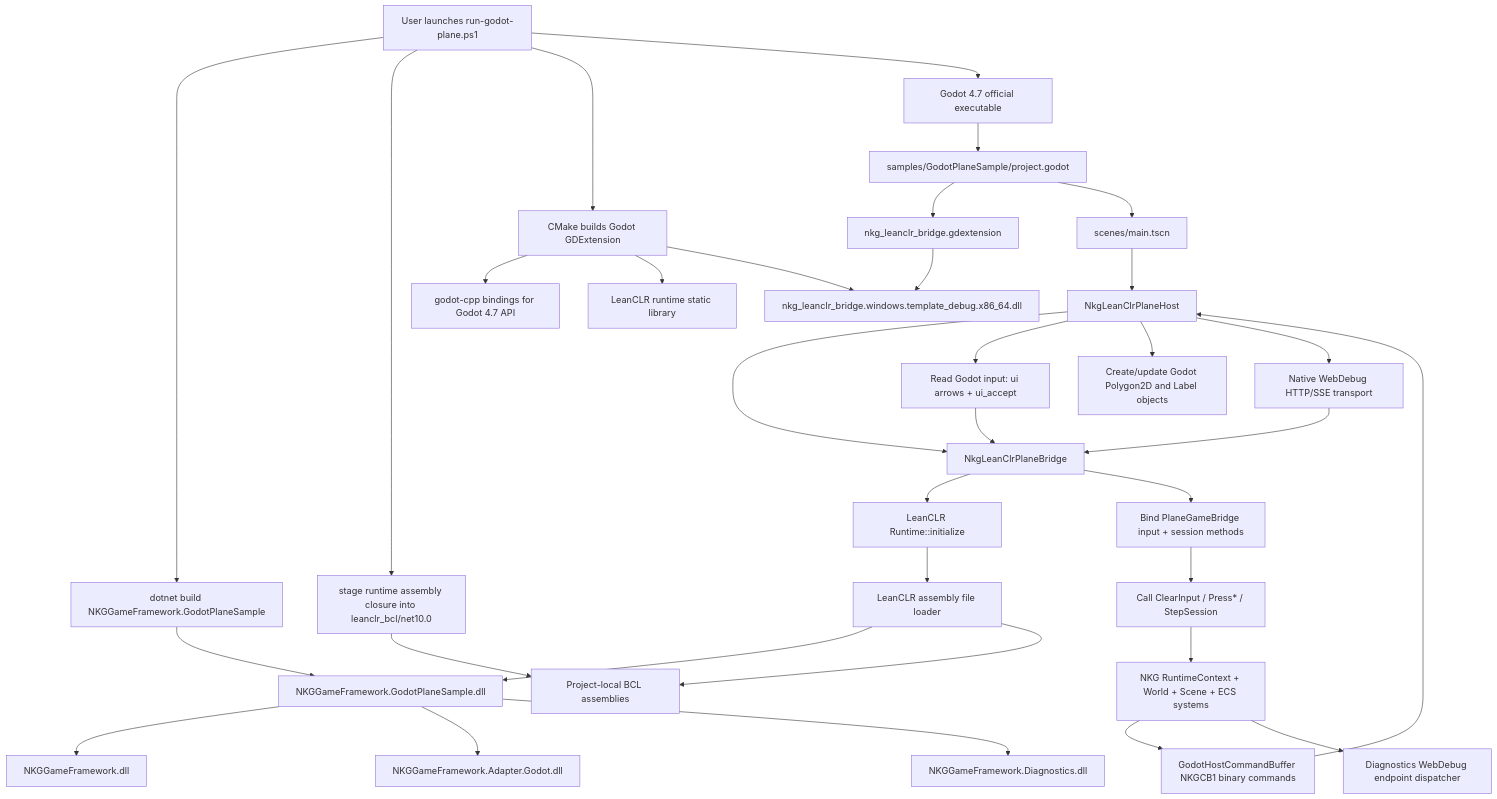
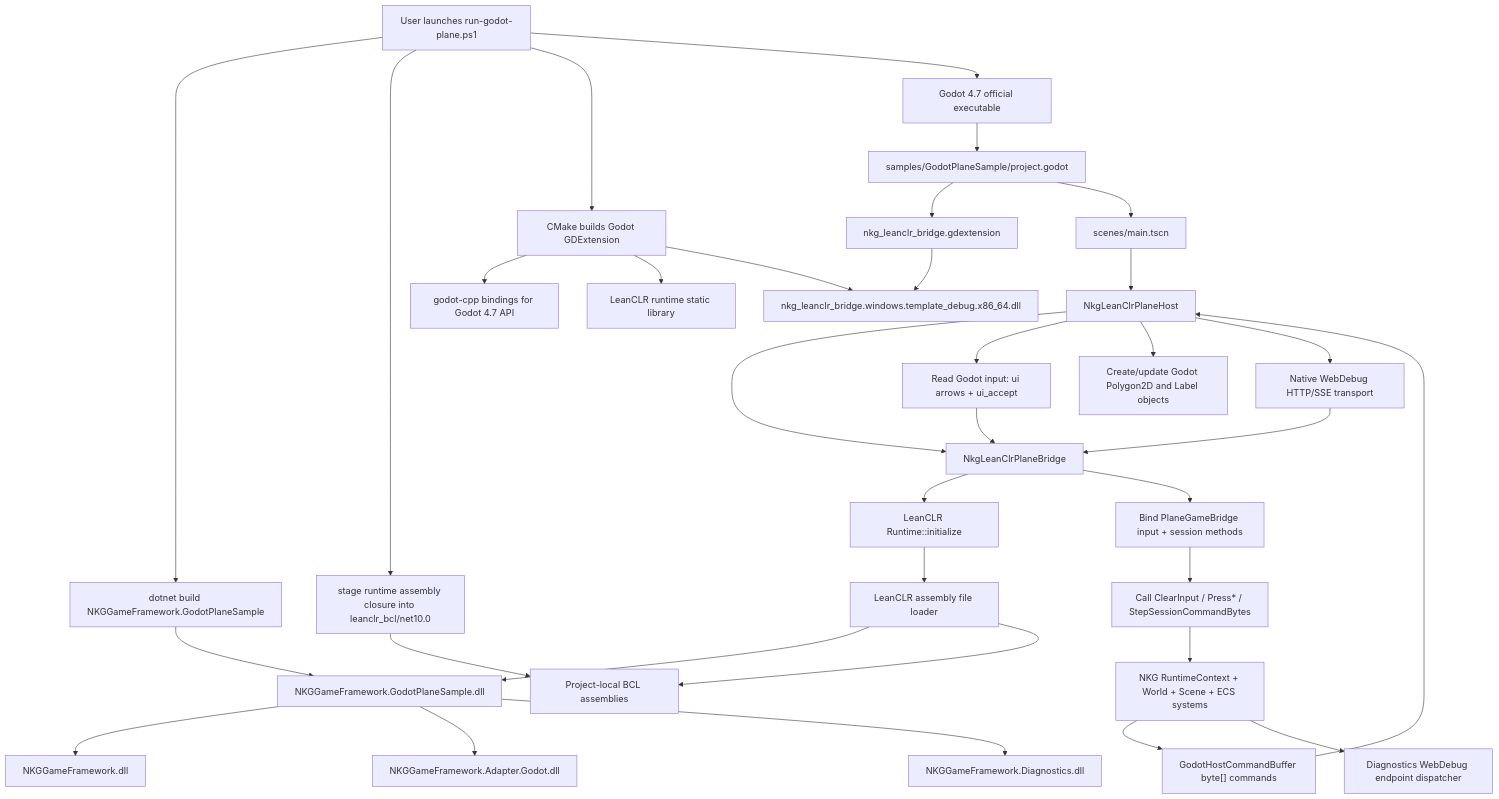
One commit to wqaetly/NKGGameFramework changed the first of 3 diagrams in docs/godot-leanclr-runtime-structure.md. Above: the diagram before and after it, drawn with Mermaid. The commit also changed other lines of this file and 7 other files, not shown here.

First line of the commit message:
抽离 Godot 通用 native host

````diff
--- a/docs/godot-leanclr-runtime-structure.md
+++ b/docs/godot-leanclr-runtime-structure.md
@@ -56,39 +56,39 @@
 ```mermaid
 flowchart TD
     User["User launches run-godot-plane.ps1"] --> BuildManaged["dotnet build NKGGameFramework.GodotPlaneSample"]
     User --> StageBcl["stage runtime assembly closure into leanclr_bcl/net10.0"]
     User --> BuildNative["CMake builds Godot GDExtension"]
     BuildNative --> GodotCpp["godot-cpp bindings for Godot 4.7 API"]
     BuildNative --> LeanClrLib["LeanCLR runtime static library"]
     BuildNative --> BridgeDll["nkg_leanclr_bridge.windows.template_debug.x86_64.dll"]
 
     BuildManaged --> ManagedDll["NKGGameFramework.GodotPlaneSample.dll"]
     ManagedDll --> CoreDll["NKGGameFramework.dll"]
     ManagedDll --> GodotContracts["NKGGameFramework.Adapter.Godot.dll"]
     ManagedDll --> DiagnosticsDll["NKGGameFramework.Diagnostics.dll"]
 
     User --> GodotExe["Godot 4.7 official executable"]
     GodotExe --> Project["samples/GodotPlaneSample/project.godot"]
     Project --> GDExtension["nkg_leanclr_bridge.gdextension"]
     GDExtension --> BridgeDll
 
     Project --> MainScene["scenes/main.tscn"]
     MainScene --> Host["NkgLeanClrPlaneHost"]
     Host --> Bridge["NkgLeanClrPlaneBridge"]
     Bridge --> InitRuntime["LeanCLR Runtime::initialize"]
     InitRuntime --> AssemblyLoader["LeanCLR assembly file loader"]
     AssemblyLoader --> ManagedDll
     StageBcl --> BclAssemblies["Project-local BCL assemblies"]
     AssemblyLoader --> BclAssemblies
     Bridge --> BindMethods["Bind PlaneGameBridge input + session methods"]
     Host --> Input["Read Godot input: ui arrows + ui_accept"]
     Input --> Bridge
-    BindMethods --> ManagedStep["Call ClearInput / Press* / StepSession"]
+    BindMethods --> ManagedStep["Call ClearInput / Press* / StepSessionCommandBytes"]
     ManagedStep --> NkgRuntime["NKG RuntimeContext + World + Scene + ECS systems"]
-    NkgRuntime --> Snapshot["GodotHostCommandBuffer NKGCB1 binary commands"]
+    NkgRuntime --> Snapshot["GodotHostCommandBuffer byte[] commands"]
     NkgRuntime --> DebugSnapshot["Diagnostics WebDebug endpoint dispatcher"]
     Snapshot --> Host
     Host --> GodotObjects["Create/update Godot Polygon2D and Label objects"]
     Host --> NativeDebug["Native WebDebug HTTP/SSE transport"]
     NativeDebug --> Bridge
 ```
````
